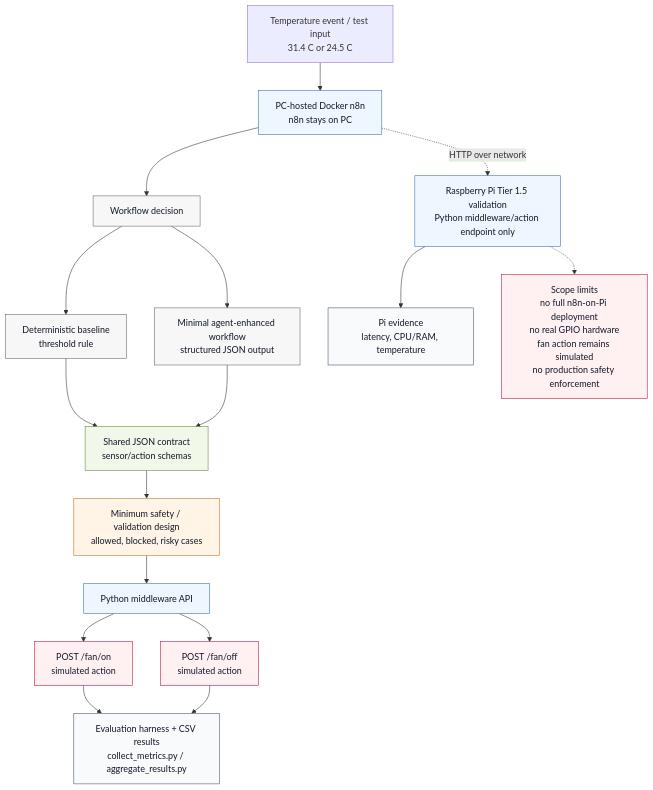
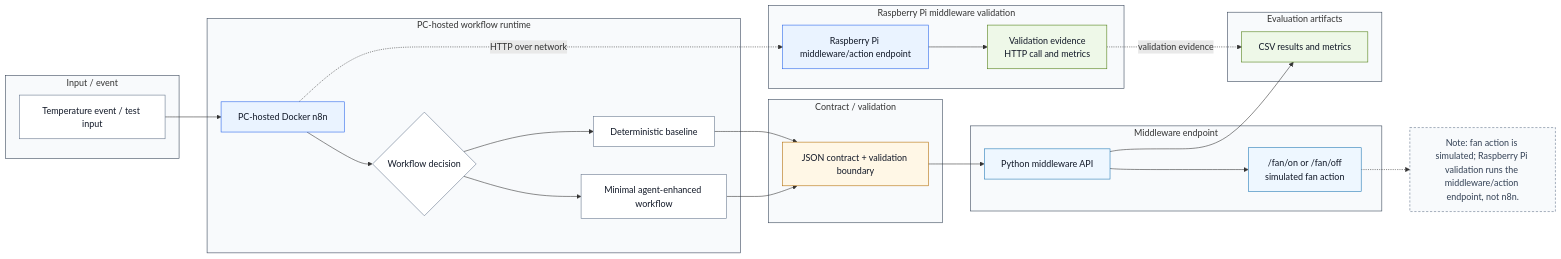
Before and after one commit to Rumple12/new-yacoub-thesis: the diagram in docs/architecture/final-architecture-report.md, drawn with Mermaid. The commit also changed other lines of this file and 36 other files, not shown here.

````diff
--- a/docs/architecture/final-architecture-report.md
+++ b/docs/architecture/final-architecture-report.md
@@ -3,39 +7,70 @@
 ```mermaid
-flowchart TD
-  A["Temperature event / test input<br/>31.4 C or 24.5 C"] --> B["PC-hosted Docker n8n<br/>n8n stays on PC"]
+flowchart LR
+  subgraph InputZone["Input / event"]
+    A["Temperature event / test input"]
+  end
 
-  B --> C["Workflow decision"]
-  C --> D1["Deterministic baseline<br/>threshold rule"]
-  C --> D2["Minimal agent-enhanced workflow<br/>structured JSON output"]
+  subgraph PC["PC-hosted workflow runtime"]
+    B["PC-hosted Docker n8n"]
+    C{"Workflow decision"}
+    D["Deterministic baseline"]
+    E["Minimal agent-enhanced workflow"]
+    B --> C
+    C --> D
+    C --> E
+  end
 
-  D1 --> E["Shared JSON contract<br/>sensor/action schemas"]
-  D2 --> E
+  subgraph BoundaryZone["Contract / validation"]
+    F["JSON contract + validation boundary"]
+  end
 
-  E --> F["Minimum safety / validation design<br/>allowed, blocked, risky cases"]
-  F --> G["Python middleware API"]
+  subgraph MW["Middleware endpoint"]
+    G["Python middleware API"]
+    H["/fan/on or /fan/off<br/>simulated fan action"]
+    G --> H
+  end
 
-  G --> H1["POST /fan/on<br/>simulated action"]
-  G --> H2["POST /fan/off<br/>simulated action"]
+  subgraph EvalZone["Evaluation artifacts"]
+    I["CSV results and metrics"]
+  end
 
-  H1 --> I["Evaluation harness + CSV results<br/>collect_metrics.py / aggregate_results.py"]
-  H2 --> I
+  subgraph PI["Raspberry Pi middleware validation"]
+    J["Raspberry Pi middleware/action endpoint"]
+    L["Validation evidence<br/>HTTP call and metrics"]
+    J --> L
+  end
 
-  B -. "HTTP over network" .-> P["Raspberry Pi Tier 1.5 validation<br/>Python middleware/action endpoint only"]
-  P --> Q["Pi evidence<br/>latency, CPU/RAM, temperature"]
+  A --> B
+  D --> F
+  E --> F
+  F --> G
+  G --> I
+  B -. "HTTP over network" .-> J
+  L -. "validation evidence" .-> I
 
-  P -.-> R["Scope limits<br/>no full n8n-on-Pi deployment<br/>no real GPIO hardware<br/>fan action remains simulated<br/>no production safety enforcement"]
+  K["Note: fan action is simulated; Raspberry Pi validation runs the middleware/action endpoint, not n8n."]
+  H -.-> K
 
-  classDef runtime fill:#eef6ff,stroke:#3b6ea8,color:#111827;
-  classDef workflow fill:#f7f7f7,stroke:#666,color:#111827;
-  classDef contract fill:#f1f8e9,stroke:#5b8c3a,color:#111827;
-  classDef safety fill:#fff4e5,stroke:#b7791f,color:#111827;
-  classDef action fill:#fff1f2,stroke:#be123c,color:#111827;
-  classDef evidence fill:#f8fafc,stroke:#475569,color:#111827;
+  classDef input fill:#ffffff,stroke:#64748b,stroke-width:1px,color:#111827;
+  classDef runtime fill:#eaf3ff,stroke:#2563eb,stroke-width:1px,color:#111827;
+  classDef decision fill:#ffffff,stroke:#64748b,stroke-width:1px,color:#111827;
+  classDef boundary fill:#fff7e6,stroke:#b26b00,stroke-width:1px,color:#111827;
+  classDef action fill:#eef7ff,stroke:#1f77b4,stroke-width:1px,color:#111827;
+  classDef evidence fill:#eef8e8,stroke:#4d7c0f,stroke-width:1px,color:#111827;
+  classDef note fill:#f8fafc,stroke:#64748b,stroke-dasharray: 4 3,color:#334155;
 
-  class B,G,P runtime;
-  class C,D1,D2 workflow;
-  class E contract;
-  class F safety;
-  class H1,H2,R action;
-  class I,Q evidence;
+  style InputZone fill:#f8fafc,stroke:#334155,stroke-width:1px;
+  style PC fill:#f8fafc,stroke:#334155,stroke-width:1px;
+  style BoundaryZone fill:#f8fafc,stroke:#334155,stroke-width:1px;
+  style MW fill:#f8fafc,stroke:#334155,stroke-width:1px;
+  style EvalZone fill:#f8fafc,stroke:#334155,stroke-width:1px;
+  style PI fill:#f8fafc,stroke:#334155,stroke-width:1px;
+
+  class A input;
+  class B,J runtime;
+  class C,D,E decision;
+  class F boundary;
+  class G,H action;
+  class I,L evidence;
+  class K note;
 ```
````
